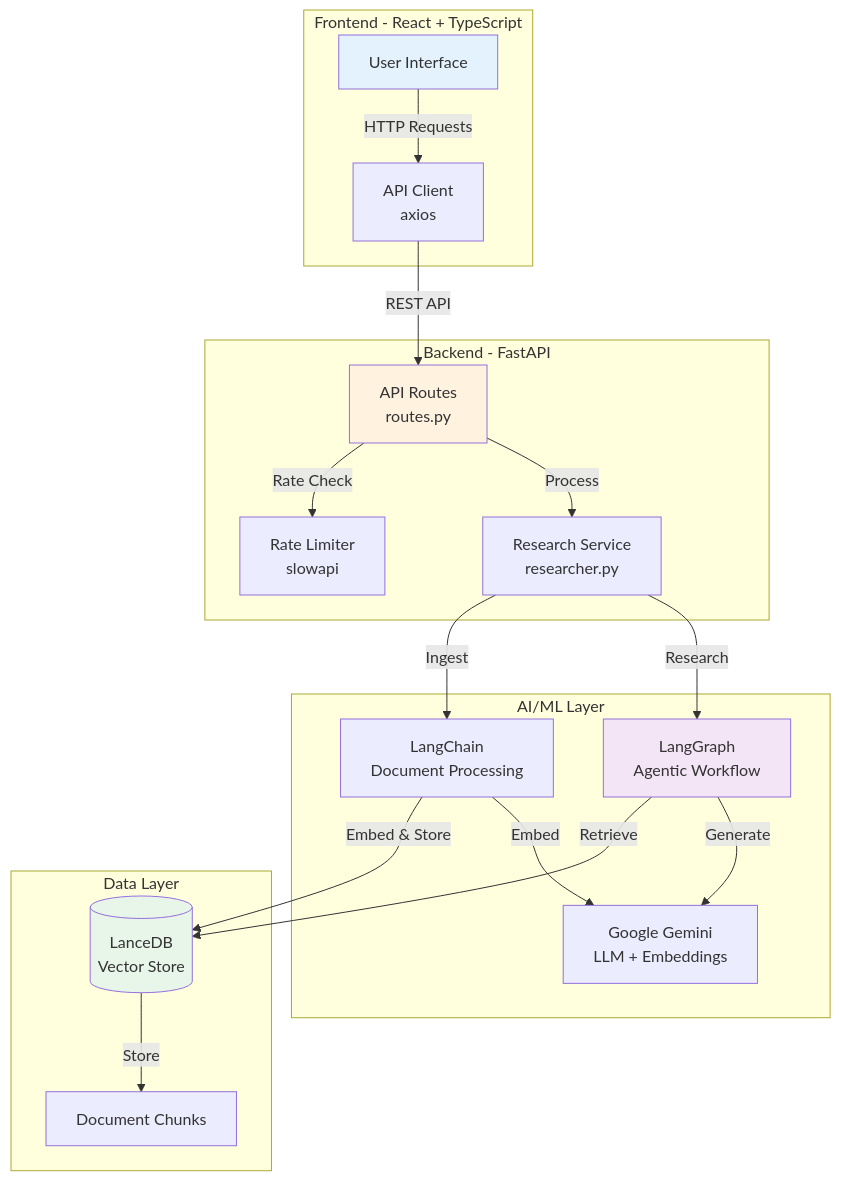
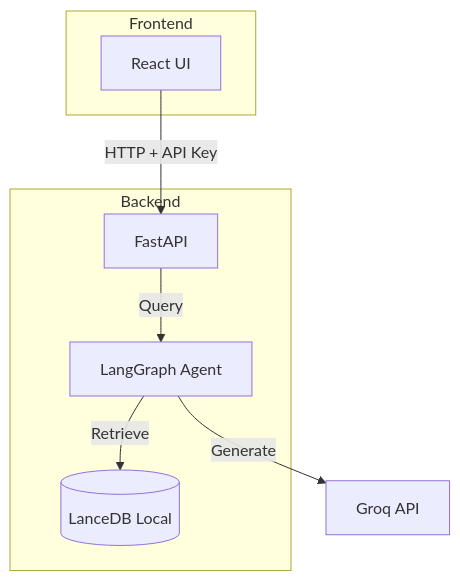
One commit to alwaysvivek/agentic-research-assistant changed the diagram in README.md. Above: the diagram before and after it, drawn with Mermaid. The commit also changed other lines of this file and 20 other files, not shown here.

````diff
--- a/README.md
+++ b/README.md
@@ -32,41 +66,17 @@
 ```mermaid
 graph TB
-    subgraph "Frontend - React + TypeScript"
-        UI[User Interface]
-        API_CLIENT[API Client<br/>axios]
+    subgraph "Frontend"
+        UI[React UI]
     end
 
-    subgraph "Backend - FastAPI"
-        ROUTES[API Routes<br/>routes.py]
-        LIMITER[Rate Limiter<br/>slowapi]
-        RESEARCHER[Research Service<br/>researcher.py]
+    subgraph "Backend"
+        API[FastAPI]
+        AGENT[LangGraph Agent]
+        LANCEDB[(LanceDB Local)]
     end
 
-    subgraph "AI/ML Layer"
-        LANGGRAPH[LangGraph<br/>Agentic Workflow]
-        LANGCHAIN[LangChain<br/>Document Processing]
-        GEMINI[Google Gemini<br/>LLM + Embeddings]
-    end
-
-    subgraph "Data Layer"
-        LANCEDB[(LanceDB<br/>Vector Store)]
-        DOCS[Document Chunks]
-    end
-
-    UI -->|HTTP Requests| API_CLIENT
-    API_CLIENT -->|REST API| ROUTES
-    ROUTES -->|Rate Check| LIMITER
-    ROUTES -->|Process| RESEARCHER
-    RESEARCHER -->|Ingest| LANGCHAIN
-    RESEARCHER -->|Research| LANGGRAPH
-    LANGCHAIN -->|Embed & Store| LANCEDB
-    LANGGRAPH -->|Retrieve| LANCEDB
-    LANGGRAPH -->|Generate| GEMINI
-    LANGCHAIN -->|Embed| GEMINI
-    LANCEDB -->|Store| DOCS
-
-    style UI fill:#e3f2fd
-    style ROUTES fill:#fff3e0
-    style LANGGRAPH fill:#f3e5f5
-    style LANCEDB fill:#e8f5e9
+    UI -->|HTTP + API Key| API
+    API -->|Query| AGENT
+    AGENT -->|Retrieve| LANCEDB
+    AGENT -->|Generate| GROQ[Groq API]
 ```
````
